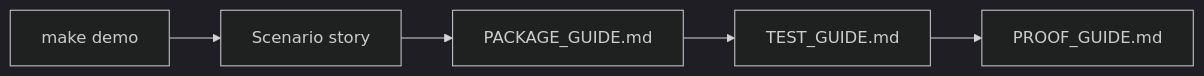
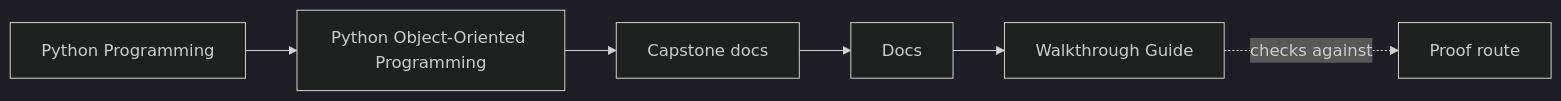
One commit to bijux/bijux-masterclass changed the first of 2 diagrams in programs/python-programming/python-object-oriented-programming/capstone/docs/walkthrough-guide.md. Above: the diagram before and after it, drawn with Mermaid (dark theme). The commit also changed other lines of this file and 103 other files, not shown here.

Commit message:
docs(python-object-oriented-programming): map sustainment and capstone surfaces

````diff
--- a/programs/python-programming/python-object-oriented-programming/capstone/docs/walkthrough-guide.md
+++ b/programs/python-programming/python-object-oriented-programming/capstone/docs/walkthrough-guide.md
@@ -7,7 +7,12 @@
 ```mermaid
 graph LR
-  demo["make demo"] --> story["Scenario story"]
-  story --> package["PACKAGE_GUIDE.md"]
-  package --> tests["TEST_GUIDE.md"]
-  tests --> proof["PROOF_GUIDE.md"]
+  family["Python Programming"]
+  program["Python Object-Oriented Programming"]
+  guide["Capstone docs"]
+  section["Docs"]
+  page["Walkthrough Guide"]
+  proof["Proof route"]
+
+  family --> program --> guide --> section --> page
+  page -.checks against.-> proof
 ```
````
